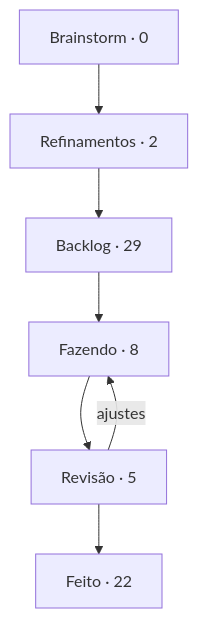
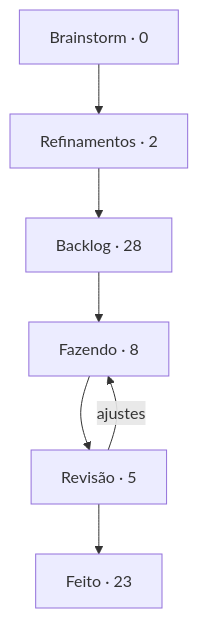
One commit to StudioVibi/VibiKanban changed the diagram in boards/dungeon-bend/BOARD.md. Above: the diagram before and after it, drawn with Mermaid. The commit also changed other lines of this file and 2 other files, not shown here.

````diff
--- a/boards/dungeon-bend/BOARD.md
+++ b/boards/dungeon-bend/BOARD.md
@@ -5,12 +5,12 @@
 ```mermaid
 flowchart TD
   brainstorm["Brainstorm · 0"] --> refinamentos["Refinamentos · 2"]
-  refinamentos --> backlog["Backlog · 29"]
+  refinamentos --> backlog["Backlog · 28"]
   backlog --> doing["Fazendo · 8"]
   doing --> review["Revisão · 5"]
-  review --> done["Feito · 22"]
+  review --> done["Feito · 23"]
   review -->|ajustes| doing
   doing:::blue
   review:::yellow
   done:::green
 ```
````
